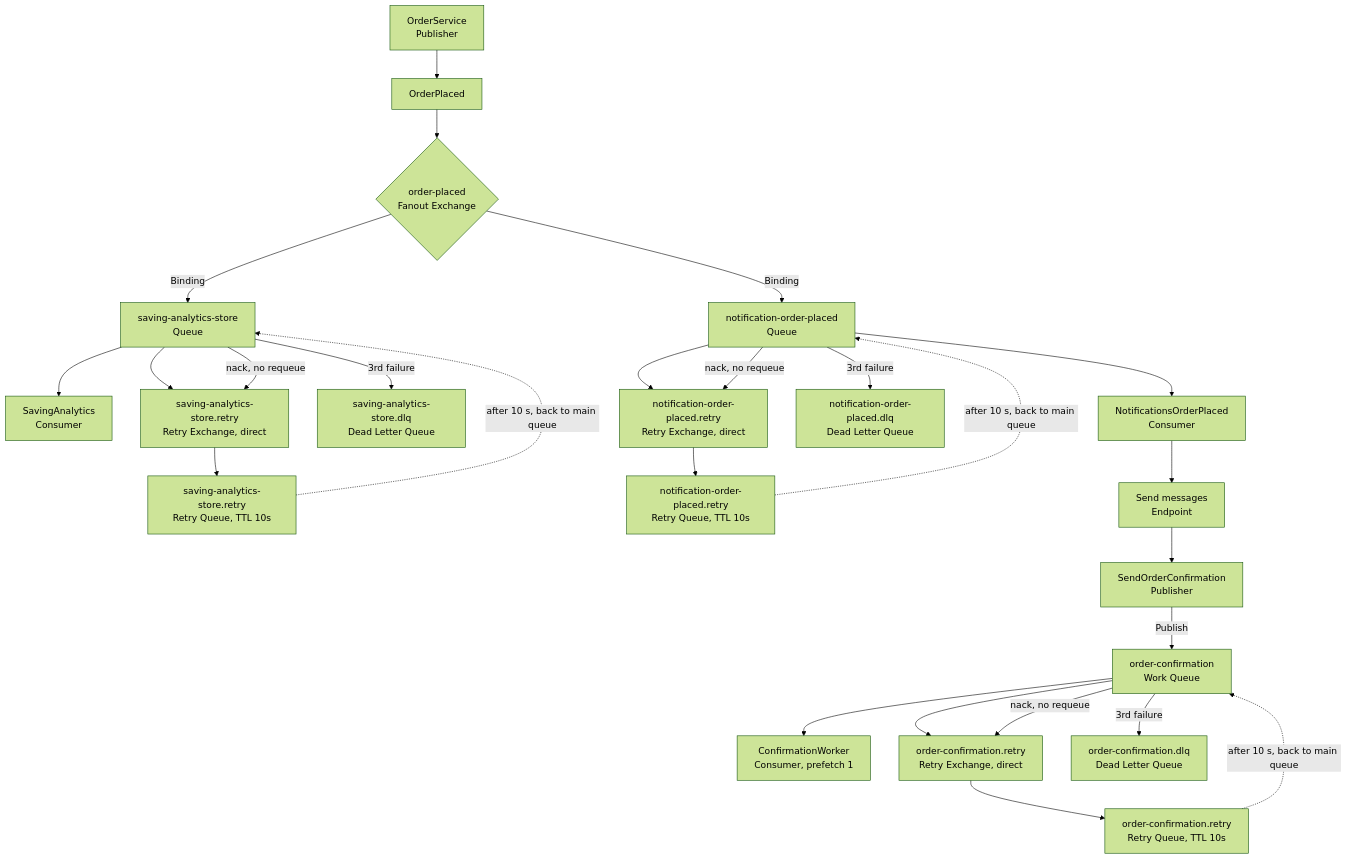
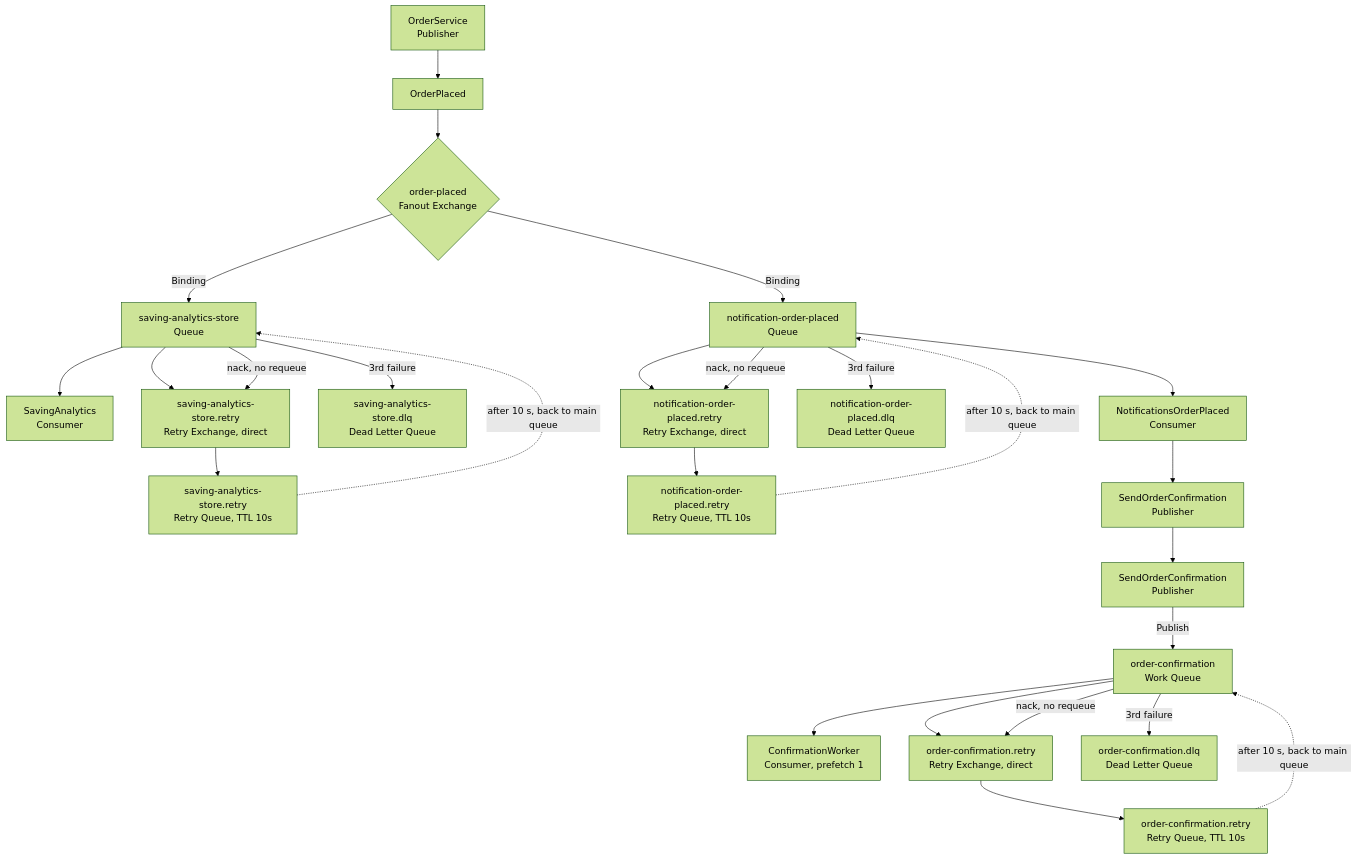
Before and after one commit to mt7-2005/Al-Boomeh: the diagram in Al-Boomeh/docs/day-05-messaging.md, drawn with Mermaid (forest theme). The commit also changed other lines of this file and 28 other files, not shown here.

````diff
--- a/Al-Boomeh/docs/day-05-messaging.md
+++ b/Al-Boomeh/docs/day-05-messaging.md
@@ -52,38 +52,38 @@
 ```mermaid
 
 flowchart TD
     A["OrderService<br/>Publisher"]
     B["OrderPlaced"]
     C{"order-placed<br/>Fanout Exchange"}
 
     A --> B --> C
 
     C -->|Binding| D["saving-analytics-store<br/>Queue"]
     C -->|Binding| E["notification-order-placed<br/>Queue"]
 
     D --> F["SavingAnalytics<br/>Consumer"]
     D --> G["saving-analytics-store.retry<br/>Retry Exchange, direct"]
     G --> H["saving-analytics-store.retry<br/>Retry Queue, TTL 10s"]
     H -.->|after 10 s, back to main queue| D
     D -->|3rd failure| I["saving-analytics-store.dlq<br/>Dead Letter Queue"]
     D -->|nack, no requeue| G
 
     E --> J["NotificationsOrderPlaced<br/>Consumer"]
     E --> K["notification-order-placed.retry<br/>Retry Exchange, direct"]
     K --> L["notification-order-placed.retry<br/>Retry Queue, TTL 10s"]
     L -.->|after 10 s, back to main queue| E
     E -->|3rd failure| M["notification-order-placed.dlq<br/>Dead Letter Queue"]
     E -->|nack, no requeue| K
 
-    J --> N["Send messages<br/>Endpoint"]
+    J --> N["SendOrderConfirmation<br/>Publisher"]
     N --> O["SendOrderConfirmation<br/>Publisher"]
     O -->|Publish| P["order-confirmation<br/>Work Queue"]
 
     P --> Q["ConfirmationWorker<br/>Consumer, prefetch 1"]
     P --> R["order-confirmation.retry<br/>Retry Exchange, direct"]
     R --> S["order-confirmation.retry<br/>Retry Queue, TTL 10s"]
     S -.->|after 10 s, back to main queue| P
     P -->|3rd failure| T["order-confirmation.dlq<br/>Dead Letter Queue"]
     P -->|nack, no requeue| R
 
 ```
````
